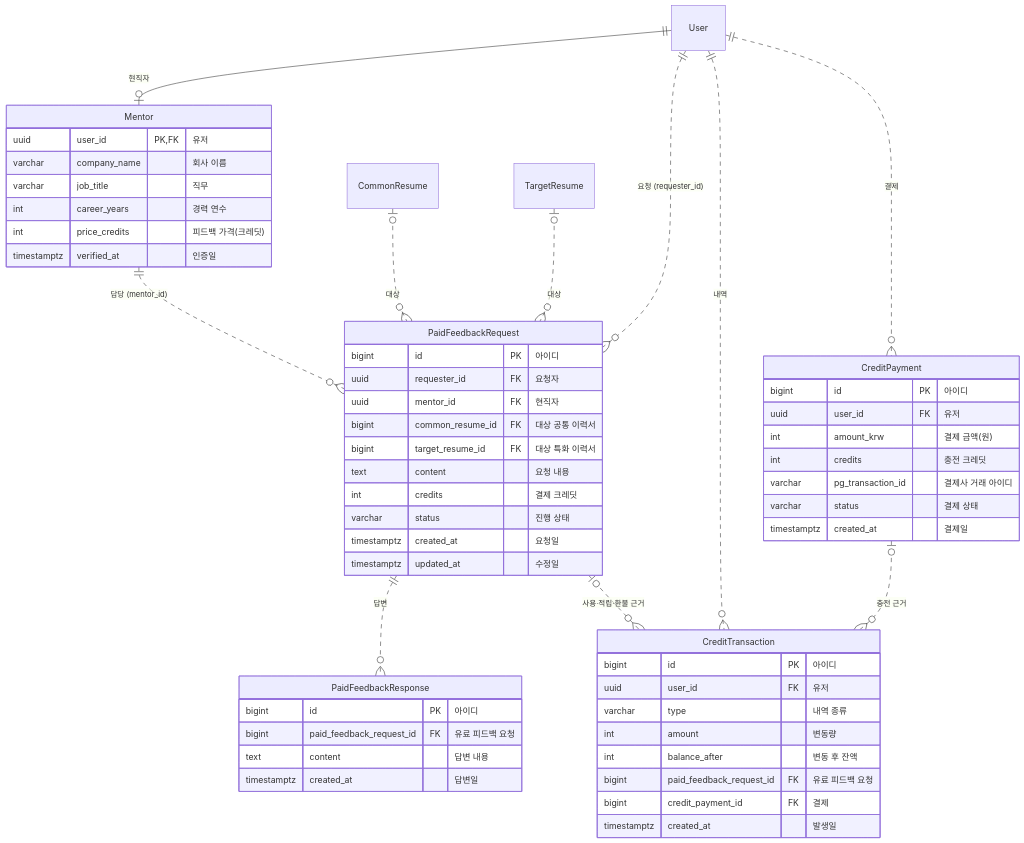
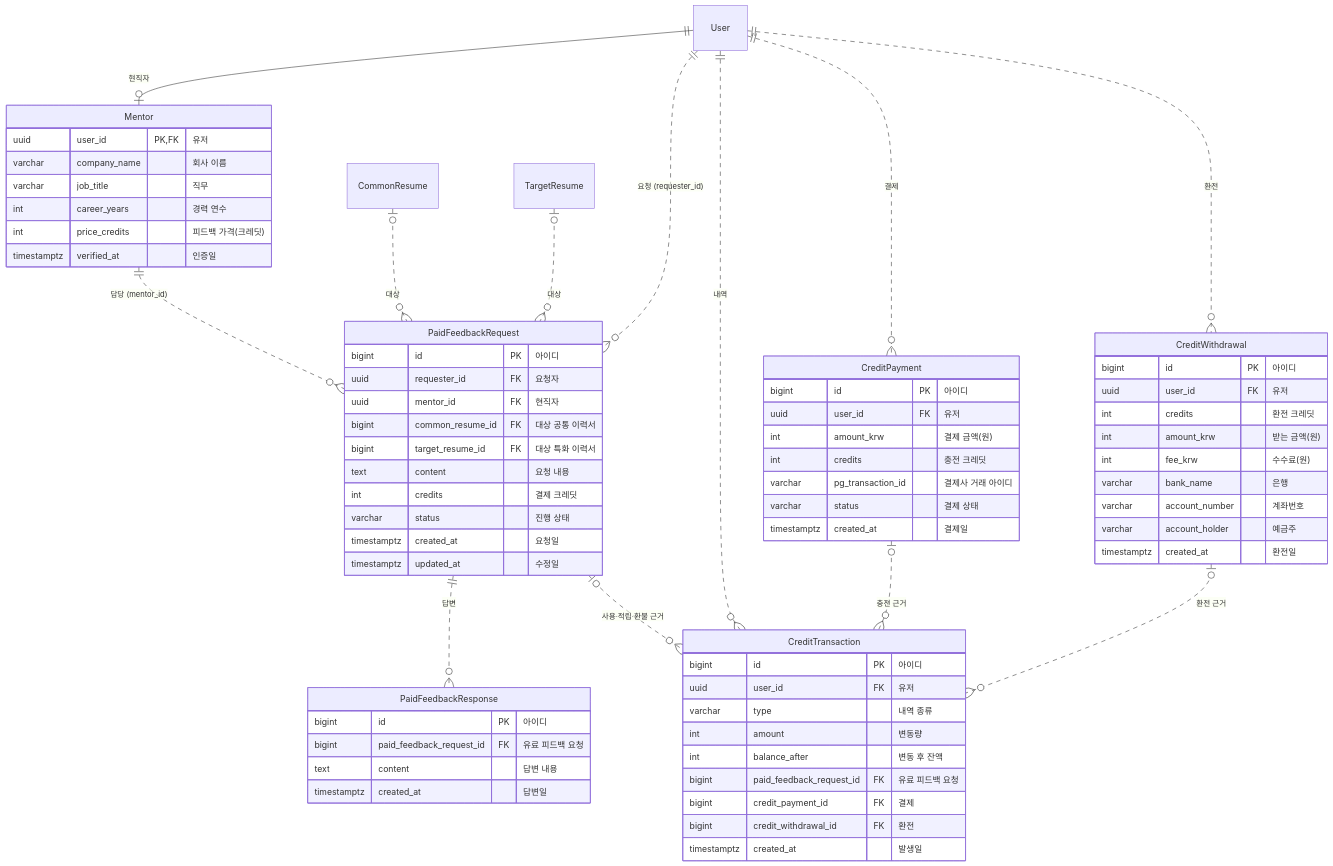
The sixth of 7 diagrams in docs/database-design.md (likelion-backendschool-9th/Resuit_Prj), drawn with Mermaid before and after one commit. The commit also changed other lines of this file and 15 other files, not shown here.

````diff
--- a/docs/database-design.md
+++ b/docs/database-design.md
@@ -406,59 +408,73 @@
 ```mermaid
 erDiagram
     User ||--o| Mentor : "현직자"
     Mentor ||..o{ PaidFeedbackRequest : "담당 (mentor_id)"
     User ||..o{ PaidFeedbackRequest : "요청 (requester_id)"
     CommonResume |o..o{ PaidFeedbackRequest : "대상"
     TargetResume |o..o{ PaidFeedbackRequest : "대상"
     PaidFeedbackRequest ||..o{ PaidFeedbackResponse : "답변"
     User ||..o{ CreditTransaction : "내역"
     PaidFeedbackRequest |o..o{ CreditTransaction : "사용·적립·환불 근거"
     CreditPayment |o..o{ CreditTransaction : "충전 근거"
     User ||..o{ CreditPayment : "결제"
+    CreditWithdrawal |o..o{ CreditTransaction : "환전 근거"
+    User ||..o{ CreditWithdrawal : "환전"
 
     Mentor {
       uuid user_id PK, FK "유저"
       varchar company_name "회사 이름"
       varchar job_title "직무"
       int career_years "경력 연수"
       int price_credits "피드백 가격(크레딧)"
       timestamptz verified_at "인증일"
     }
     PaidFeedbackRequest {
       bigint id PK "아이디"
       uuid requester_id FK "요청자"
       uuid mentor_id FK "현직자"
       bigint common_resume_id FK "대상 공통 이력서"
       bigint target_resume_id FK "대상 특화 이력서"
       text content "요청 내용"
       int credits "결제 크레딧"
       varchar status "진행 상태"
       timestamptz created_at "요청일"
       timestamptz updated_at "수정일"
     }
     PaidFeedbackResponse {
       bigint id PK "아이디"
       bigint paid_feedback_request_id FK "유료 피드백 요청"
       text content "답변 내용"
       timestamptz created_at "답변일"
     }
     CreditTransaction {
       bigint id PK "아이디"
       uuid user_id FK "유저"
       varchar type "내역 종류"
       int amount "변동량"
       int balance_after "변동 후 잔액"
       bigint paid_feedback_request_id FK "유료 피드백 요청"
       bigint credit_payment_id FK "결제"
+      bigint credit_withdrawal_id FK "환전"
       timestamptz created_at "발생일"
     }
     CreditPayment {
       bigint id PK "아이디"
       uuid user_id FK "유저"
       int amount_krw "결제 금액(원)"
       int credits "충전 크레딧"
       varchar pg_transaction_id "결제사 거래 아이디"
       varchar status "결제 상태"
       timestamptz created_at "결제일"
     }
+    CreditWithdrawal {
+      bigint id PK "아이디"
+      uuid user_id FK "유저"
+      int credits "환전 크레딧"
+      int amount_krw "받는 금액(원)"
+      int fee_krw "수수료(원)"
+      varchar bank_name "은행"
+      varchar account_number "계좌번호"
+      varchar account_holder "예금주"
+      timestamptz created_at "환전일"
+    }
 ```
````
